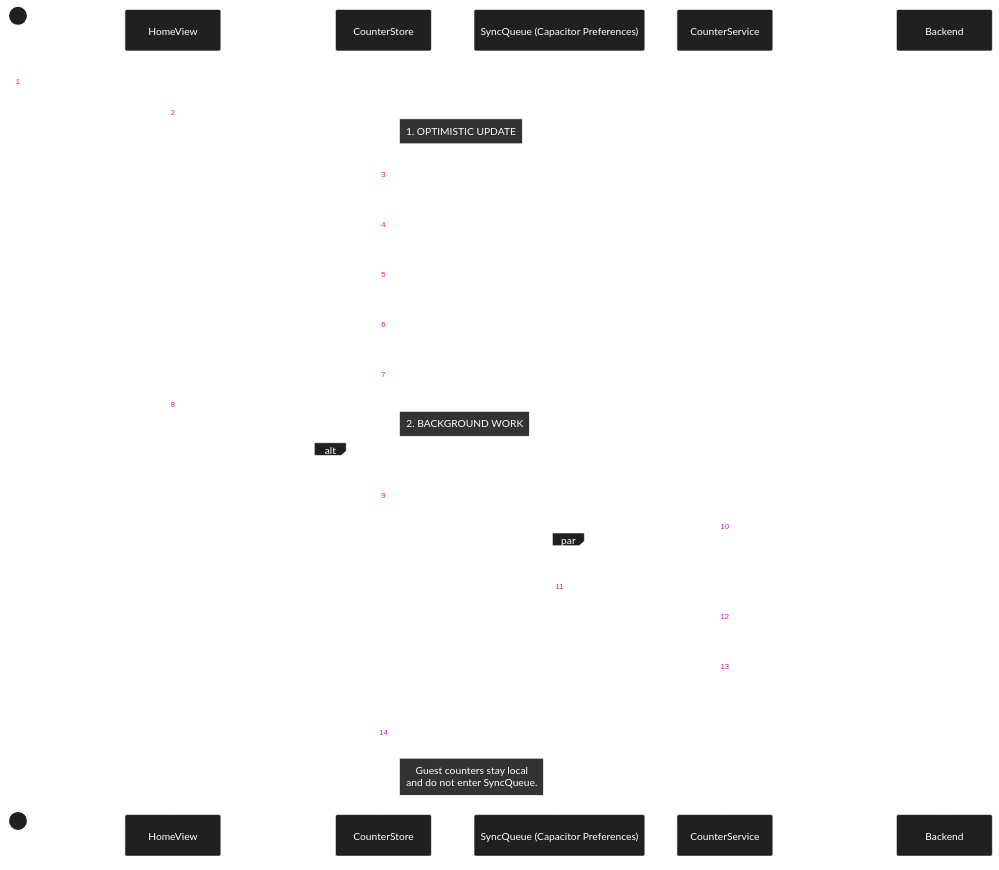
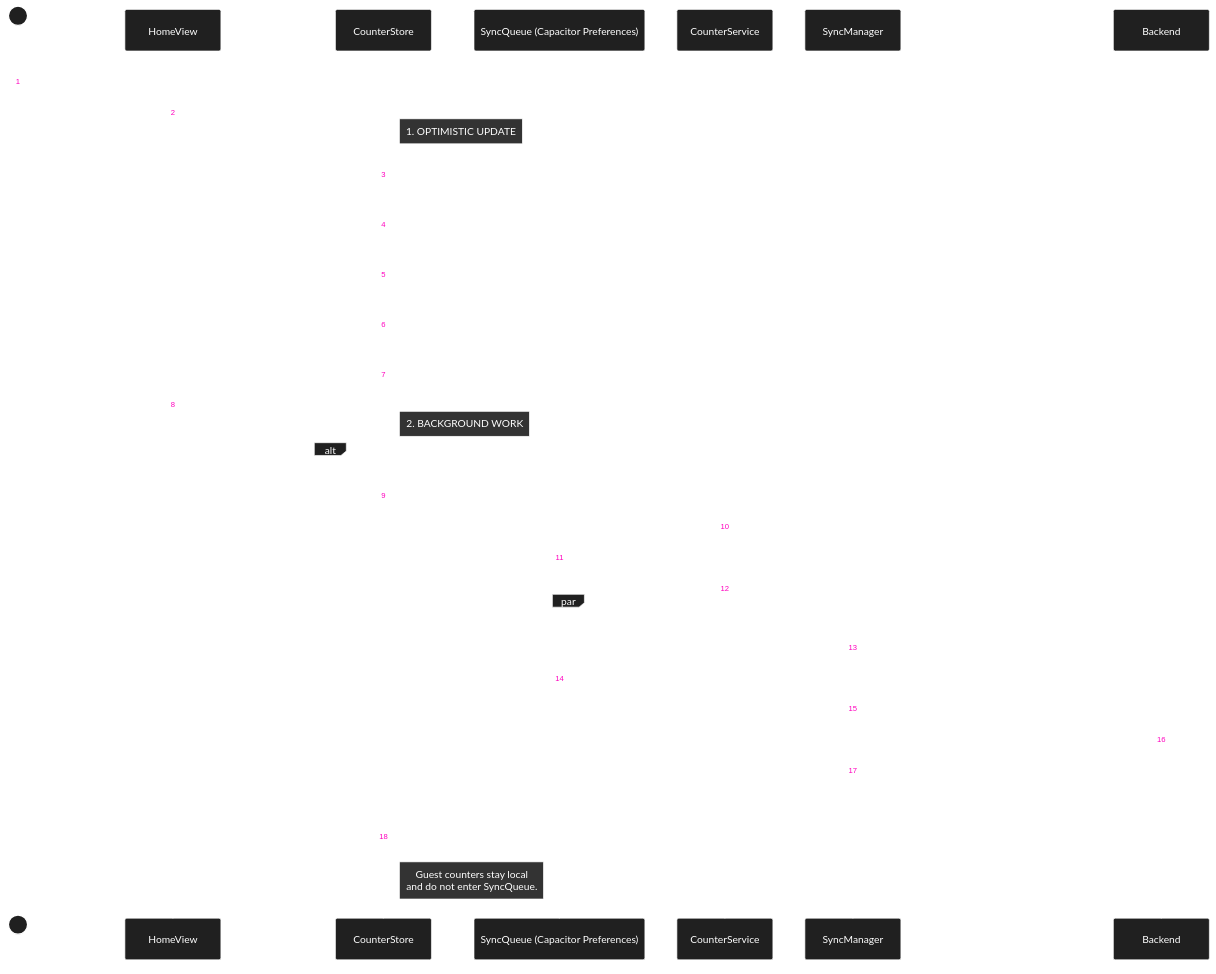
One commit to michaelgreenl/tally-tracker changed the diagram in docs/diagrams/sequence/counter/optimistic-offline-creation.md. Above: the diagram before and after it, drawn with Mermaid. The commit also changed 14 other files, not shown here.

Commit message:
docs: diagram & generated prisma alignment

````diff
--- a/docs/diagrams/sequence/counter/optimistic-offline-creation.md
+++ b/docs/diagrams/sequence/counter/optimistic-offline-creation.md
@@ -3,55 +3,60 @@
 ```mermaid
 %%{
   init: {
     'theme': 'base',
     'themeVariables': {
       'primaryColor': '#202020',
       'primaryTextColor': '#fff',
       'primaryBorderColor': '#ffffff',
       'lineColor': '#00ff41',
       'secondaryColor': '#006100',
       'tertiaryColor': '#fff',
       'noteBkgColor': '#333',
       'noteTextColor': '#fff',
       'noteBorderColor': '#fff'
     }
   }
 }%%
 
 sequenceDiagram
     autonumber
     actor User
     participant View as HomeView
     participant Store as CounterStore
     participant Queue as SyncQueue (Capacitor Preferences)
     participant Svc as CounterService
+    participant Manager as SyncManager
     participant API as Backend
 
     User->>View: Click "Create Counter"
     View->>Store: createCounter("My Title", "SHARED")
 
     Note right of Store: 1. OPTIMISTIC UPDATE
     Store->>Store: Generate UUID (crypto.randomUUID)
     Store->>Store: Generate InviteCode (Local)
     Store->>Store: Push to local array
     Store->>Store: saveState() (Persist to Disk)
 
     Store-->>View: Return Success (Instant)
     View-->>User: Show new counter in list
 
     Note right of Store: 2. BACKGROUND WORK
 
     alt Authenticated user (!isGuest)
         Store->>Svc: Service.create(counter)
         Svc->>Queue: Add "CREATE" Command
+        Queue-->>Svc: Command Queued
+        Svc->>Manager: processQueue()
 
-        par Async Sync
-            Queue-->>Svc: Command Queued
-            Svc->>Svc: Trigger SyncManager
-            Svc->>API: POST /counters (Payload + InviteCode)
+        par Background Sync
+            Manager->>Queue: getQueue()
+            Queue-->>Manager: Pending Commands
+            Manager->>API: POST /counters (Payload + InviteCode + Idempotency Key)
+            API-->>Manager: 201 Created or replayed response
+            Manager->>Queue: removeCommand(Command)
         end
     else Guest user
         Store-->>Store: Skip CounterService.create()
         Note right of Store: Guest counters stay local<br/>and do not enter SyncQueue.
     end
 ```
````
